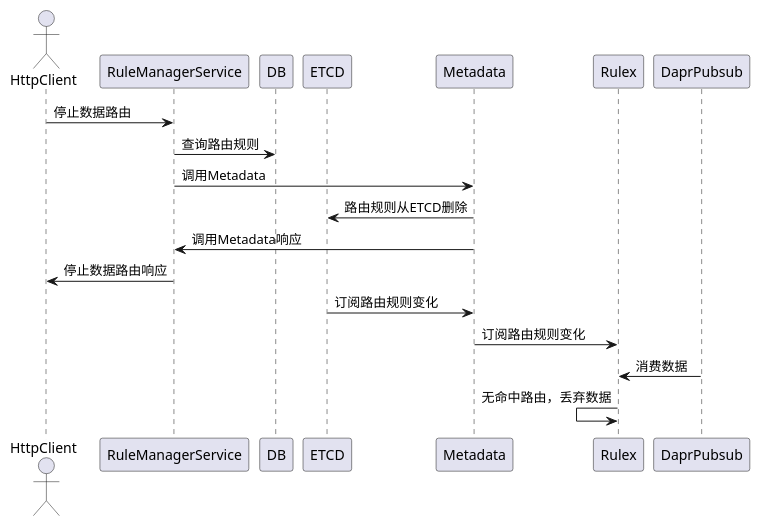
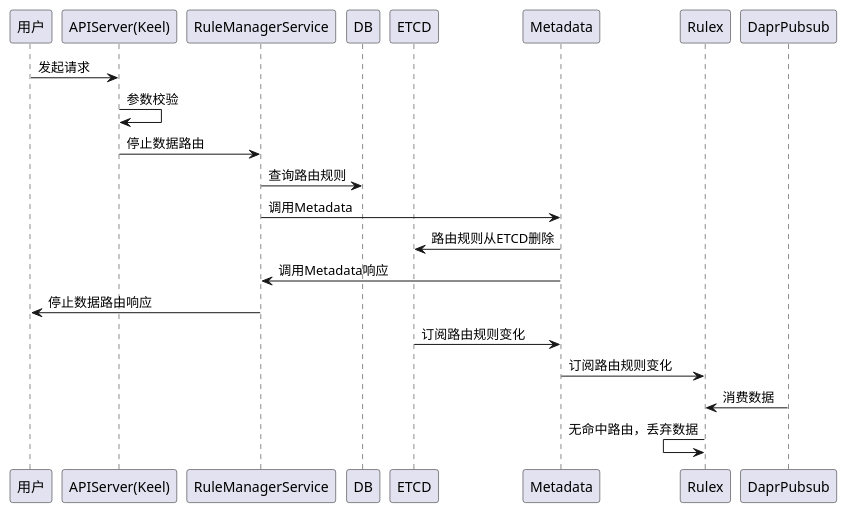
One commit to tkeel-io/docs changed the fourth of 8 diagrams in docs/api/appendix/plantuml/rule_manager.md. Above: the diagram before and after it, drawn with PlantUML. The commit also changed other lines of this file and 2 other files, not shown here.

````diff
--- a/docs/api/appendix/plantuml/rule_manager.md
+++ b/docs/api/appendix/plantuml/rule_manager.md
@@ -50,22 +59,25 @@
 ```plantuml
 @startuml
-actor HttpClient
+participant "用户" as user
+participant "APIServer(Keel)"  as keel
 participant RuleManagerService
 participant DB
 participant ETCD
 participant Metadata
 participant Rulex
 participant DaprPubsub
 
-HttpClient->RuleManagerService:停止数据路由
+user->keel: 发起请求
+keel->keel: 参数校验
+keel->RuleManagerService:停止数据路由
 RuleManagerService->DB:查询路由规则
 RuleManagerService->Metadata:调用Metadata
 Metadata->ETCD:路由规则从ETCD删除
 RuleManagerService<-Metadata:调用Metadata响应
-HttpClient<-RuleManagerService:停止数据路由响应
+user<-RuleManagerService:停止数据路由响应
 ETCD->Metadata:订阅路由规则变化
 Rulex<-Metadata:订阅路由规则变化
 Rulex<-DaprPubsub:消费数据
 Rulex<-Rulex:无命中路由，丢弃数据
 @enduml
 ```
````
